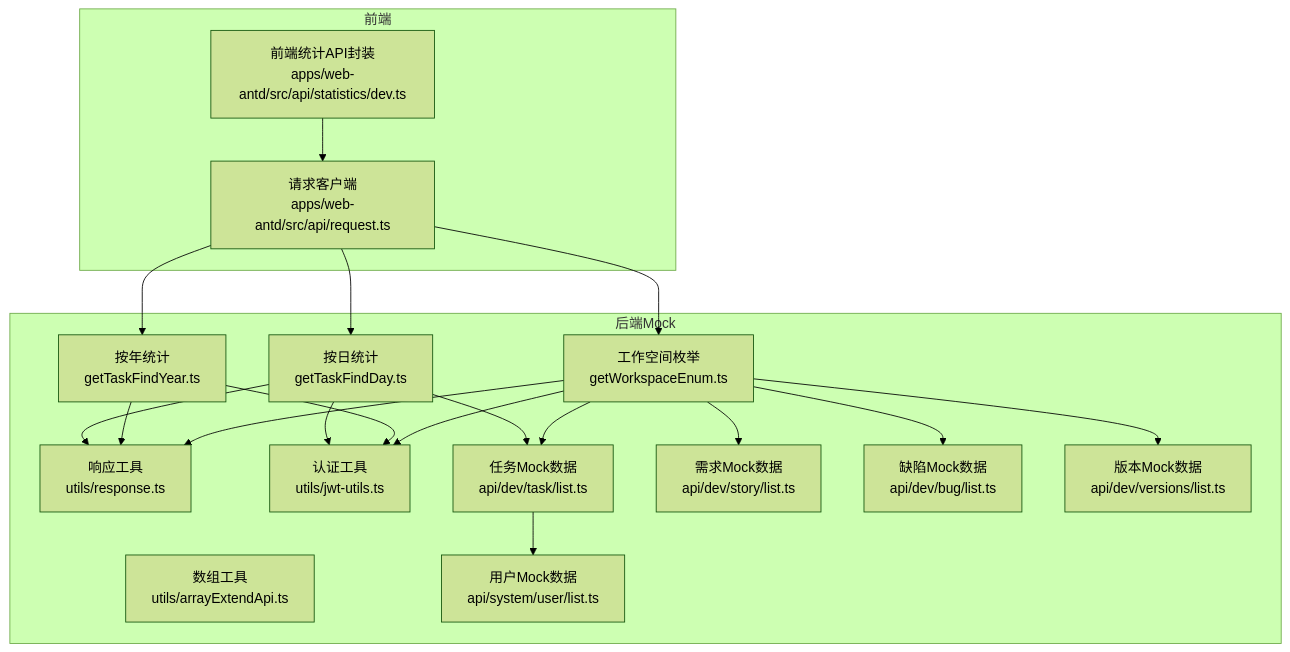
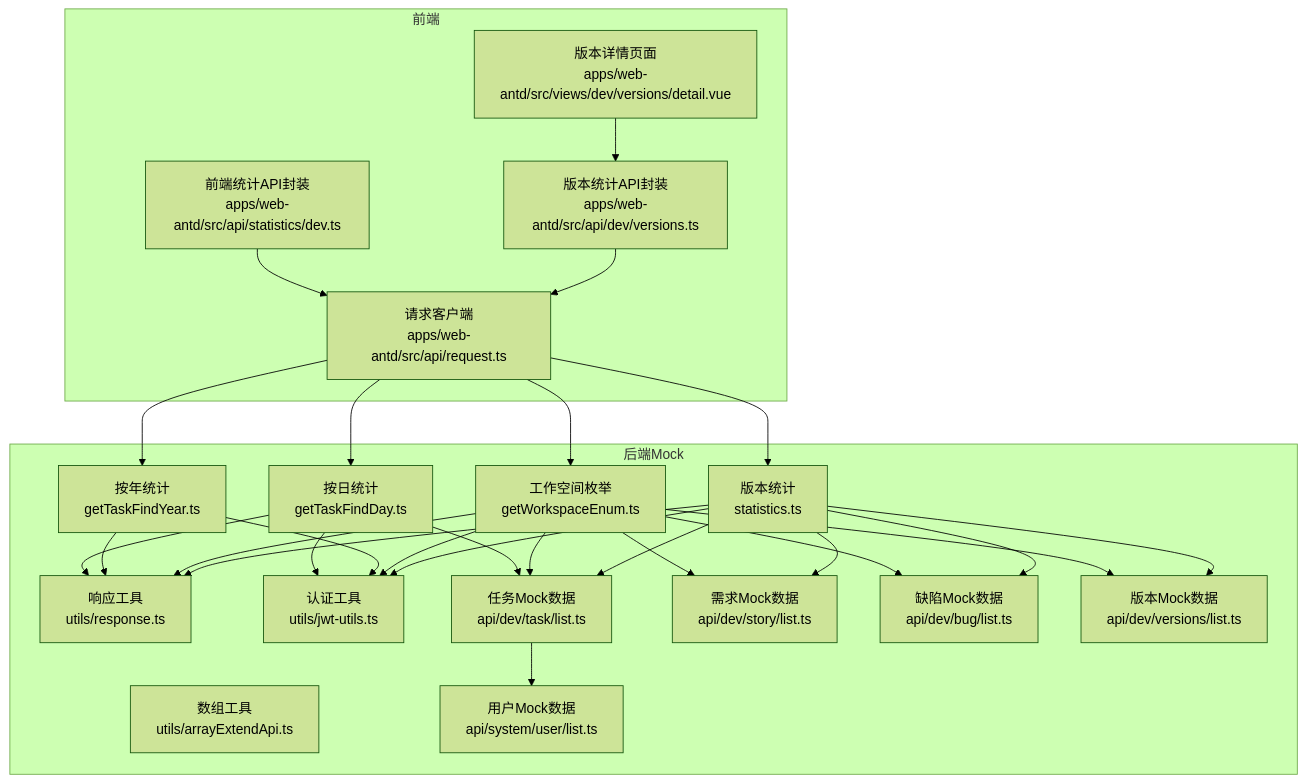
Before and after one commit to liuyinzhong/hive: the first of 7 diagrams in .qoder/repowiki/zh/content/API参考/HTTP API/统计API.md, drawn with Mermaid (forest theme). The commit also changed other lines of this file and 6 other files, not shown here.

````diff
--- a/.qoder/repowiki/zh/content/API参考/HTTP API/统计API.md
+++ b/.qoder/repowiki/zh/content/API参考/HTTP API/统计API.md
@@ -50,36 +70,48 @@
 ```mermaid
 graph TB
 subgraph "前端"
-FE_API["前端统计API封装<br/>apps/web-antd/src/api/statistics/dev.ts"]
+FE_STAT_API["前端统计API封装<br/>apps/web-antd/src/api/statistics/dev.ts"]
+FE_VERSION_API["版本统计API封装<br/>apps/web-antd/src/api/dev/versions.ts"]
 FE_REQ["请求客户端<br/>apps/web-antd/src/api/request.ts"]
+FE_VERSION_DETAIL["版本详情页面<br/>apps/web-antd/src/views/dev/versions/detail.vue"]
 end
 subgraph "后端Mock"
 STAT_DAY["按日统计<br/>getTaskFindDay.ts"]
 STAT_YEAR["按年统计<br/>getTaskFindYear.ts"]
 STAT_ENUM["工作空间枚举<br/>getWorkspaceEnum.ts"]
+VERSION_STATS["版本统计<br/>statistics.ts"]
 RESP["响应工具<br/>utils/response.ts"]
 JWT["认证工具<br/>utils/jwt-utils.ts"]
 ARR["数组工具<br/>utils/arrayExtendApi.ts"]
 MOCK_TASK["任务Mock数据<br/>api/dev/task/list.ts"]
 MOCK_STORY["需求Mock数据<br/>api/dev/story/list.ts"]
 MOCK_BUG["缺陷Mock数据<br/>api/dev/bug/list.ts"]
 MOCK_VER["版本Mock数据<br/>api/dev/versions/list.ts"]
 MOCK_USER["用户Mock数据<br/>api/system/user/list.ts"]
 end
-FE_API --> FE_REQ
+FE_STAT_API --> FE_REQ
+FE_VERSION_API --> FE_REQ
+FE_VERSION_DETAIL --> FE_VERSION_API
 FE_REQ --> STAT_DAY
 FE_REQ --> STAT_YEAR
 FE_REQ --> STAT_ENUM
+FE_REQ --> VERSION_STATS
 STAT_DAY --> RESP
 STAT_YEAR --> RESP
 STAT_ENUM --> RESP
+VERSION_STATS --> RESP
 STAT_DAY --> JWT
 STAT_YEAR --> JWT
 STAT_ENUM --> JWT
+VERSION_STATS --> JWT
 STAT_DAY --> MOCK_TASK
 STAT_ENUM --> MOCK_STORY
 STAT_ENUM --> MOCK_TASK
 STAT_ENUM --> MOCK_BUG
 STAT_ENUM --> MOCK_VER
+VERSION_STATS --> MOCK_TASK
+VERSION_STATS --> MOCK_STORY
+VERSION_STATS --> MOCK_BUG
+VERSION_STATS --> MOCK_VER
 MOCK_TASK --> MOCK_USER
 ```
````
